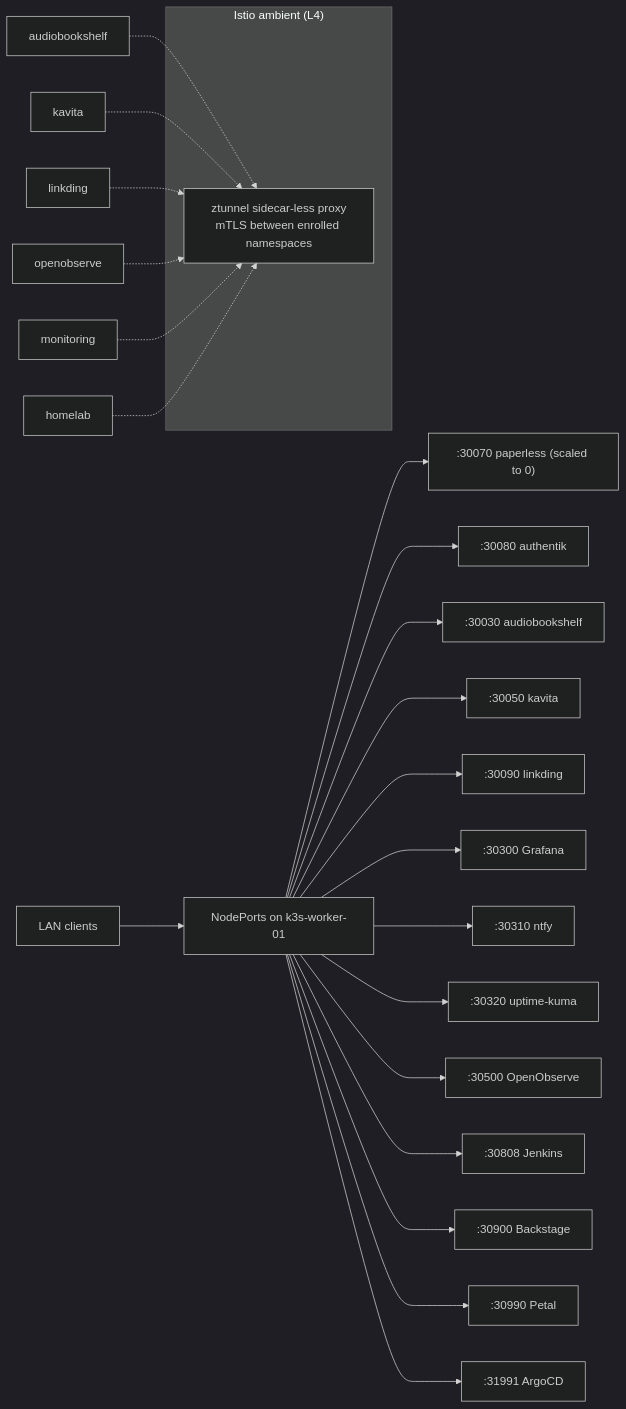
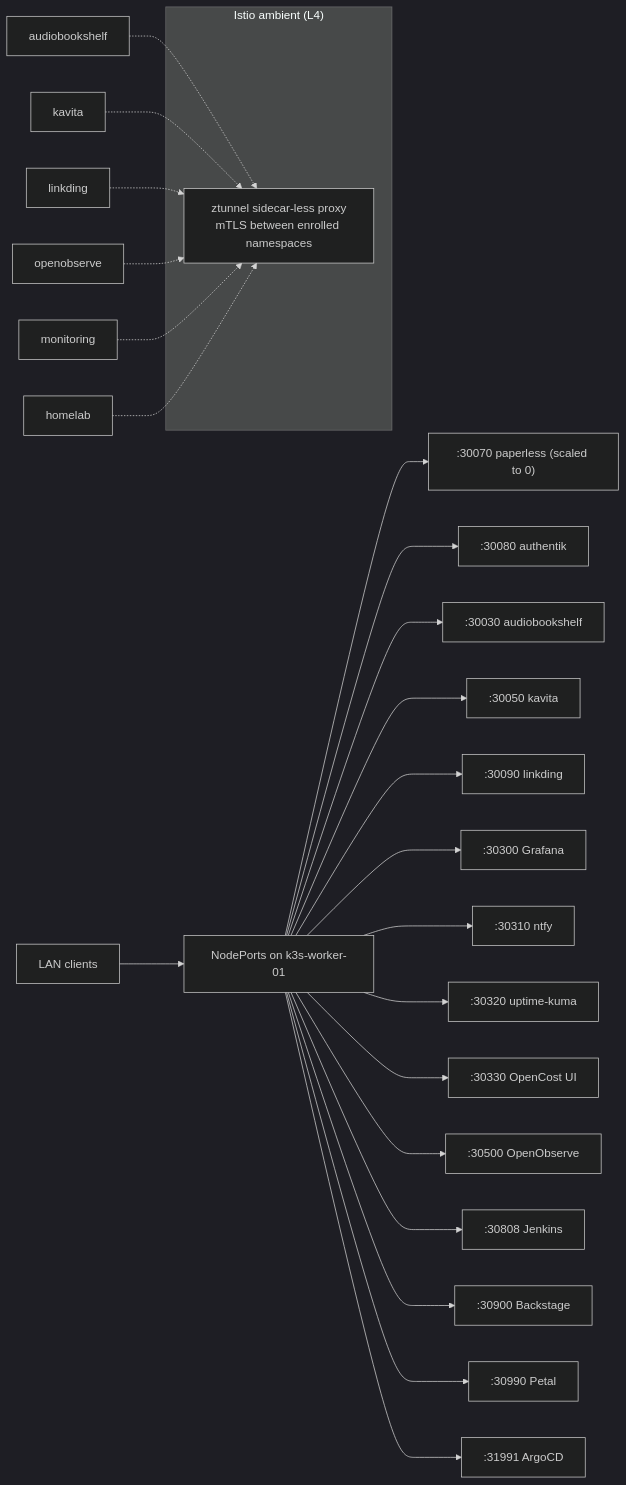
The seventh of 8 diagrams in docs/architecture.md (Blacklotus89898/Homelab), drawn with Mermaid (dark theme) before and after one commit. The commit also changed other lines of this file and 1 other file, not shown here.

First line of the commit message:
docs: close out OpenCost capacity view (Phase 3 item 3)

````diff
--- a/docs/architecture.md
+++ b/docs/architecture.md
@@ -272,21 +275,22 @@
 ```mermaid
 flowchart LR
   IN["LAN clients"] --> NP["NodePorts on k3s-worker-01"]
   NP --> P30070[":30070 paperless (scaled to 0)"]
   NP --> P30080[":30080 authentik"]
   NP --> P30030[":30030 audiobookshelf"]
   NP --> P30050[":30050 kavita"]
   NP --> P30090[":30090 linkding"]
   NP --> P30300[":30300 Grafana"]
   NP --> P30310[":30310 ntfy"]
   NP --> P30320[":30320 uptime-kuma"]
+  NP --> P30330[":30330 OpenCost UI"]
   NP --> P30500[":30500 OpenObserve"]
   NP --> P30808[":30808 Jenkins"]
   NP --> P30900[":30900 Backstage"]
   NP --> P30990[":30990 Petal"]
   NP --> P31991[":31991 ArgoCD"]
   subgraph mesh["Istio ambient (L4)"]
     Z["ztunnel sidecar-less proxy<br/>mTLS between enrolled namespaces"]
   end
   audiobookshelf & kavita & linkding & openobserve & monitoring & homelab -.-> Z
 ```
````
